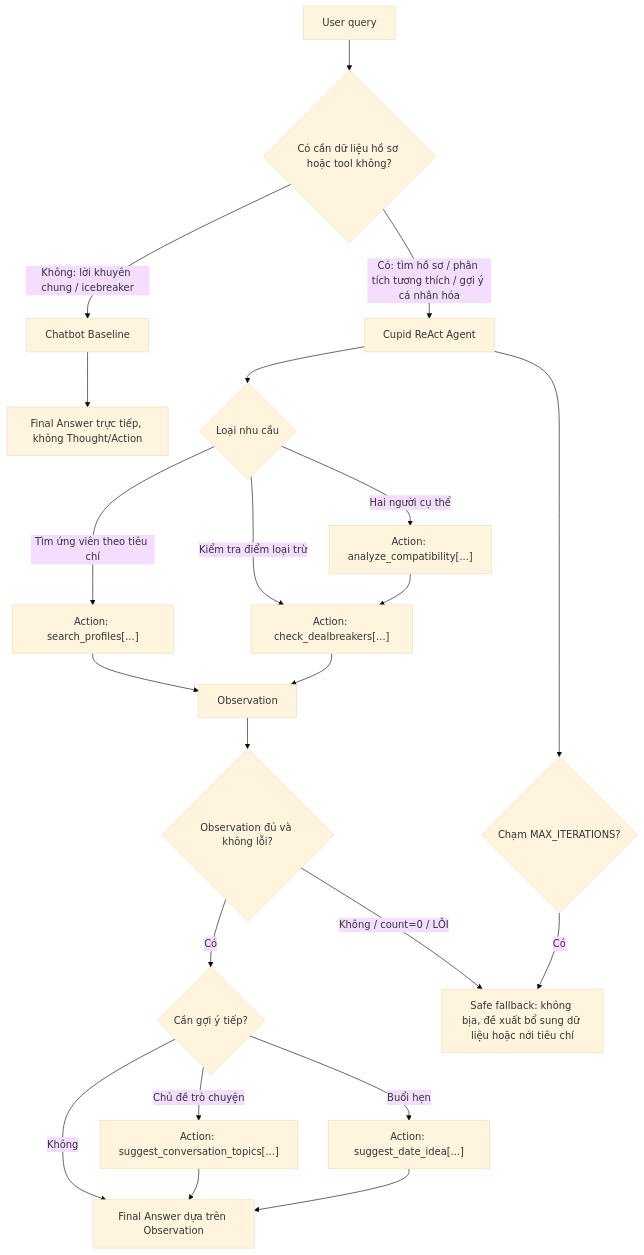
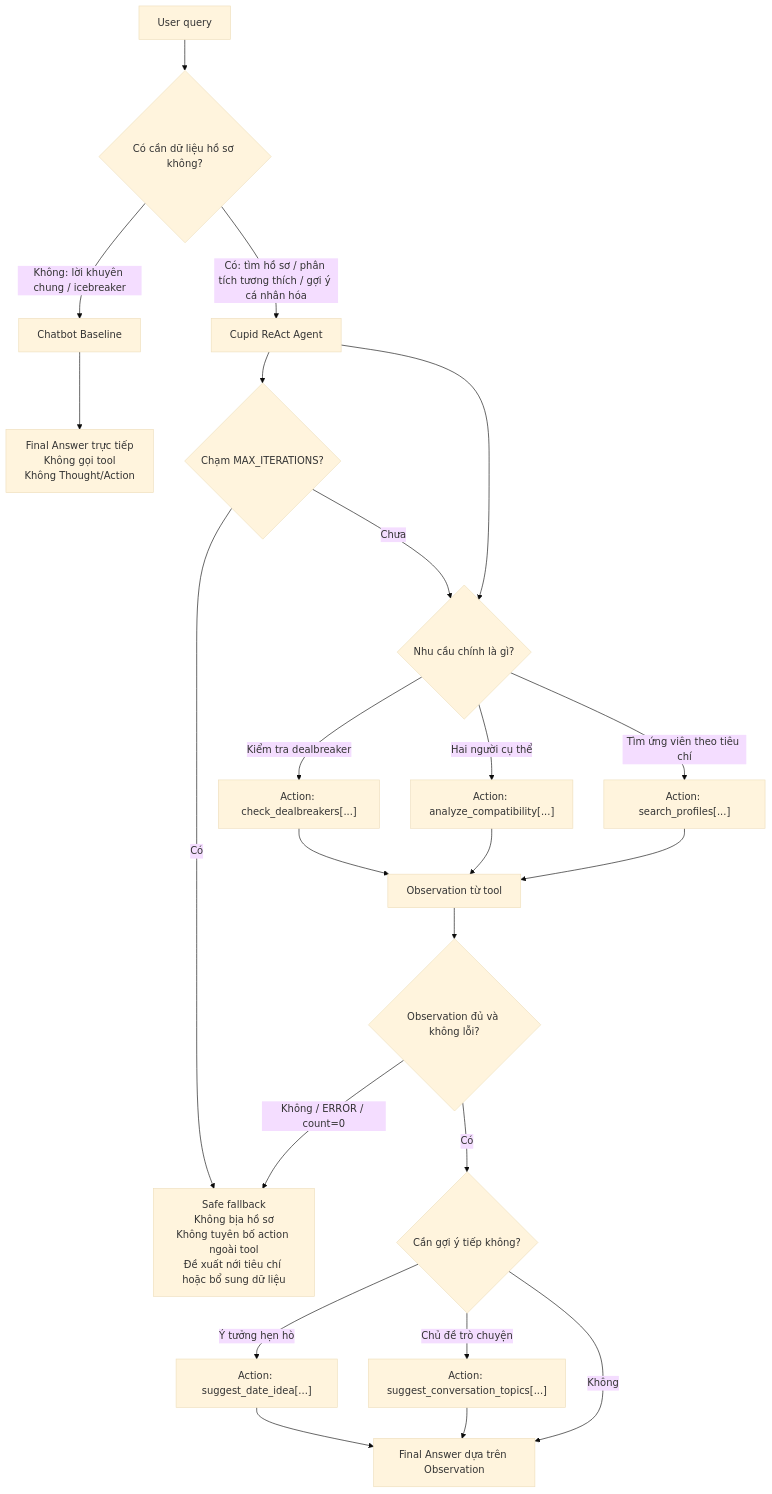
Before and after one commit to SonHeung-min/K3-Day03-C6-1-E403: the diagram in docs/hybrid_flowchart.mermaid, drawn with Mermaid (base theme). The commit also changed 1 other file, not shown here.

Commit message:
Moc 4: cap nhat trace va flowchart

```diff
--- a/docs/hybrid_flowchart.mermaid
+++ b/docs/hybrid_flowchart.mermaid
@@ -1,30 +1,31 @@
 flowchart TD
-    A["User query"] --> B{"Có cần dữ liệu hồ sơ hoặc tool không?"}
+    A["User query"] --> B{"Có cần dữ liệu hồ sơ không?"}
 
     B -->|"Không: lời khuyên chung / icebreaker"| C["Chatbot Baseline"]
-    C --> D["Final Answer trực tiếp, không Thought/Action"]
+    C --> D["Final Answer trực tiếp<br/>Không gọi tool<br/>Không Thought/Action"]
 
     B -->|"Có: tìm hồ sơ / phân tích tương thích / gợi ý cá nhân hóa"| E["Cupid ReAct Agent"]
-    E --> F{"Loại nhu cầu"}
+    E --> F{"Nhu cầu chính là gì?"}
 
     F -->|"Tìm ứng viên theo tiêu chí"| G["Action: search_profiles[...]"]
     F -->|"Hai người cụ thể"| H["Action: analyze_compatibility[...]"]
-    F -->|"Kiểm tra điểm loại trừ"| I["Action: check_dealbreakers[...]"]
+    F -->|"Kiểm tra dealbreaker"| I["Action: check_dealbreakers[...]"]
 
-    G --> J["Observation"]
-    H -->
+    G --> J["Observation từ tool"]
+    H --> J
     I --> J
 
     J --> K{"Observation đủ và không lỗi?"}
-    K -->|"Có"| L{"Cần gợi ý tiếp?"}
+    K -->|"Không / ERROR / count=0"| P["Safe fallback<br/>Không bịa hồ sơ<br/>Không tuyên bố action ngoài tool<br/>Đề xuất nới tiêu chí hoặc bổ sung dữ liệu"]
+
+    K -->|"Có"| L{"Cần gợi ý tiếp không?"}
     L -->|"Chủ đề trò chuyện"| M["Action: suggest_conversation_topics[...]"]
-    L -->|"Buổi hẹn"| N["Action: suggest_date_idea[...]"]
+    L -->|"Ý tưởng hẹn hò"| N["Action: suggest_date_idea[...]"]
     L -->|"Không"| O["Final Answer dựa trên Observation"]
 
     M --> O
     N --> O
 
-    K -->|"Không / count=0 / LỖI"| P["Safe fallback: không bịa, đề xuất bổ sung dữ liệu hoặc nới tiêu chí"]
-
     E --> Q{"Chạm MAX_ITERATIONS?"}
     Q -->|"Có"| P
+    Q -->|"Chưa"| F
```
